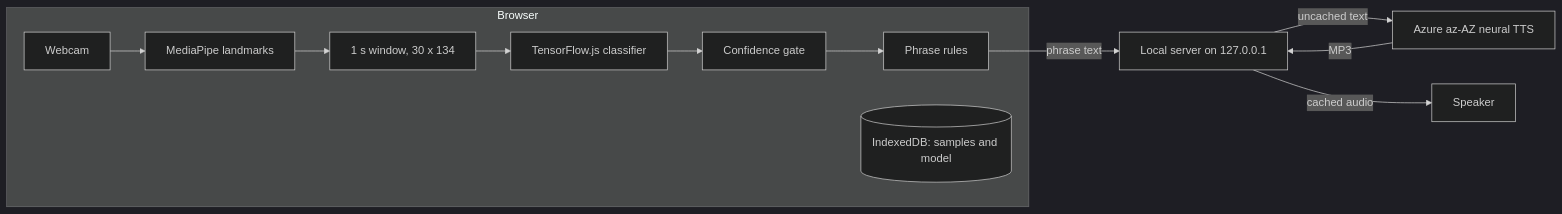
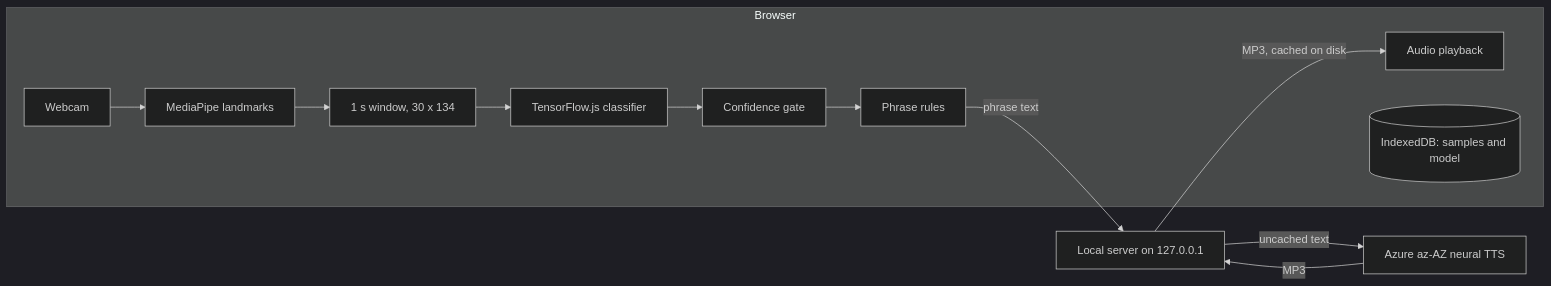
One commit to hajizadaravan/elvo changed the diagram in README.md. Above: the diagram before and after it, drawn with Mermaid (dark theme). The commit also changed other lines of this file and 1 other file, not shown here.

````diff
--- a/README.md
+++ b/README.md
@@ -88,15 +88,16 @@
 ```mermaid
 flowchart LR
   subgraph browser["Browser"]
     cam["Webcam"] --> mp["MediaPipe landmarks"]
     mp --> win["1 s window, 30 x 134"]
     win --> clf["TensorFlow.js classifier"]
     clf --> gate["Confidence gate"]
     gate --> rules["Phrase rules"]
+    play["Audio playback"]
     store[("IndexedDB: samples and model")]
   end
   rules -- "phrase text" --> srv["Local server on 127.0.0.1"]
   srv -- "uncached text" --> az["Azure az-AZ neural TTS"]
   az -- "MP3" --> srv
-  srv -- "cached audio" --> out["Speaker"]
+  srv -- "MP3, cached on disk" --> play
 ```
````
